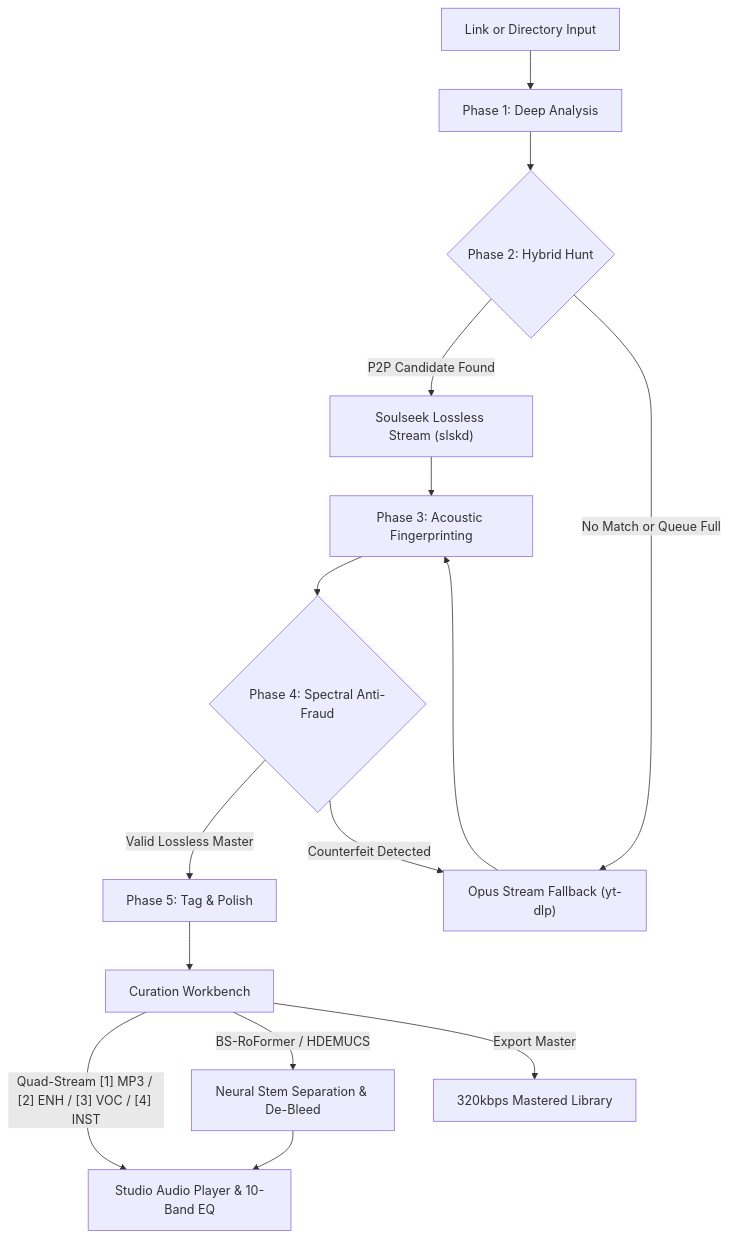
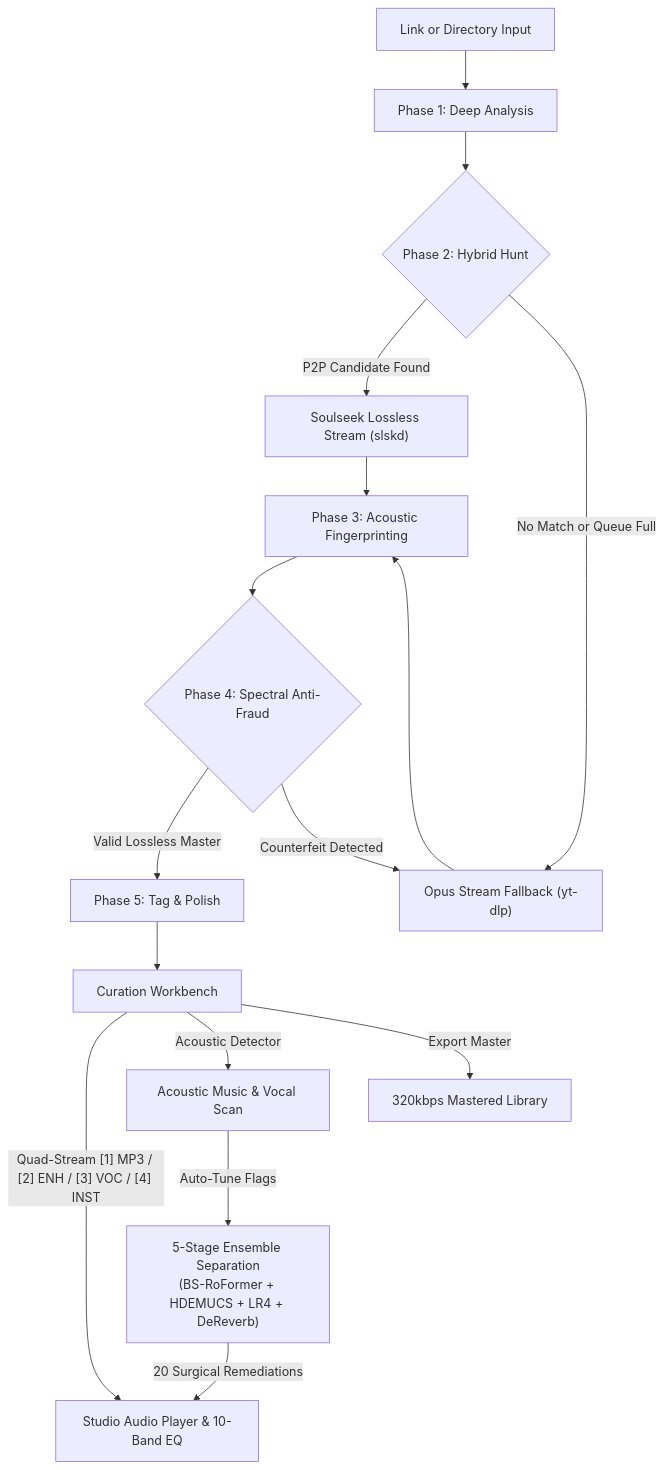
The diagram in README.md (abdullah-binmadhi/OmniRip), drawn with Mermaid before and after one commit. The commit also changed other lines of this file, not shown here.

Commit message:
docs: update README with 5-stage ensemble stems, LR4 crossover, de-reverb, and CI status

````diff
--- a/README.md
+++ b/README.md
@@ -103,17 +106,18 @@
 ```mermaid
 graph TD
     A["Link or Directory Input"] --> P1["Phase 1: Deep Analysis"]
     P1 --> P2{"Phase 2: Hybrid Hunt"}
     P2 -->|"P2P Candidate Found"| S1["Soulseek Lossless Stream (slskd)"]
     P2 -->|"No Match or Queue Full"| S2["Opus Stream Fallback (yt-dlp)"]
     S1 --> P3["Phase 3: Acoustic Fingerprinting"]
     S2 --> P3
     P3 --> P4{"Phase 4: Spectral Anti-Fraud"}
     P4 -->|"Valid Lossless Master"| P5["Phase 5: Tag & Polish"]
     P4 -->|"Counterfeit Detected"| S2
     P5 --> WB["Curation Workbench"]
     WB -->|"Quad-Stream [1] MP3 / [2] ENH / [3] VOC / [4] INST"| PL["Studio Audio Player & 10-Band EQ"]
-    WB -->|"BS-RoFormer / HDEMUCS"| STM["Neural Stem Separation & De-Bleed"]
-    STM --> PL
+    WB -->|"Acoustic Detector"| DET["Acoustic Music & Vocal Scan"]
+    DET -->|"Auto-Tune Flags"| STM["5-Stage Ensemble Separation<br>(BS-RoFormer + HDEMUCS + LR4 + DeReverb)"]
+    STM -->|"20 Surgical Remediations"| PL
     WB -->|"Export Master"| OUT["320kbps Mastered Library"]
 ```
````
